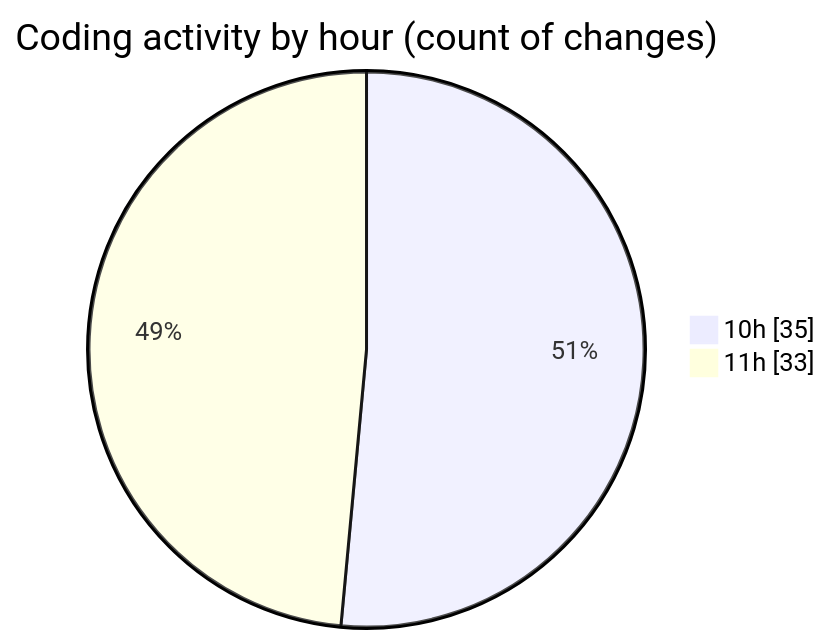
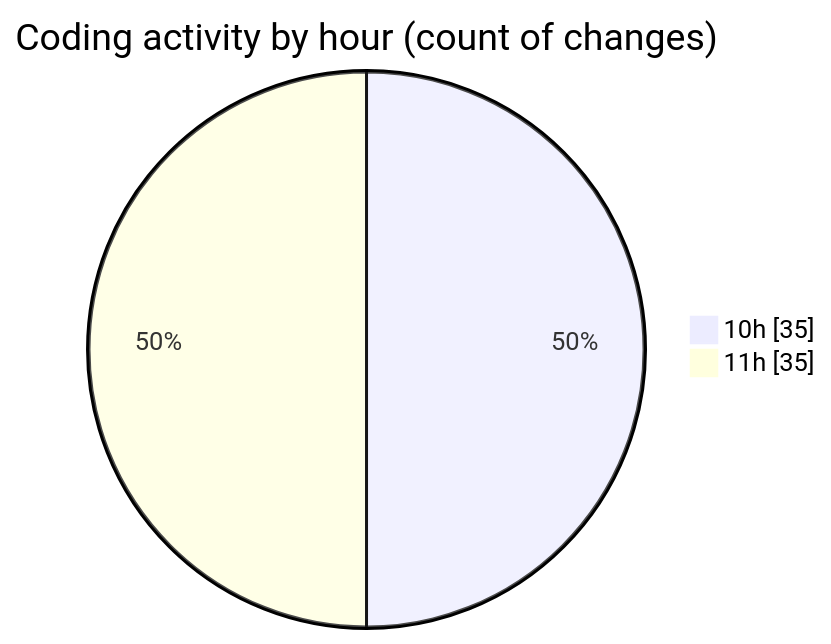
The second of 2 diagrams in 2025-03-26/cda/README.md (momahboobian/code-tracking), drawn with Mermaid before and after one commit. The commit also changed other lines of this file and 1 other file, not shown here.

````diff
--- a/2025-03-26/cda/README.md
+++ b/2025-03-26/cda/README.md
@@ -52,6 +52,6 @@
 ```mermaid
 pie showData
 title Coding activity by hour (count of changes)
 "10h" : 35
-"11h" : 33
+"11h" : 35
 ```
````
